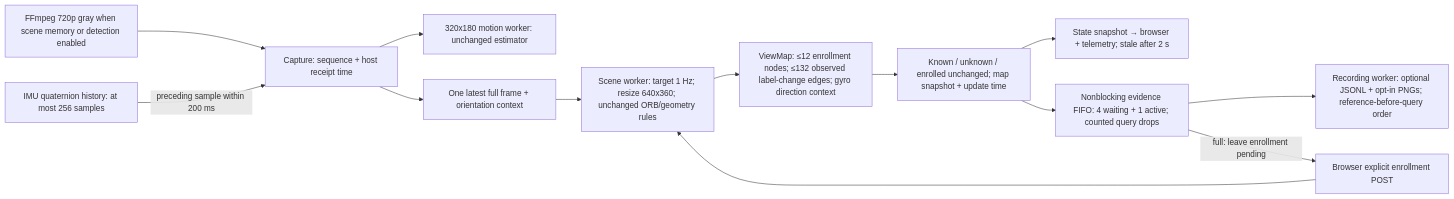
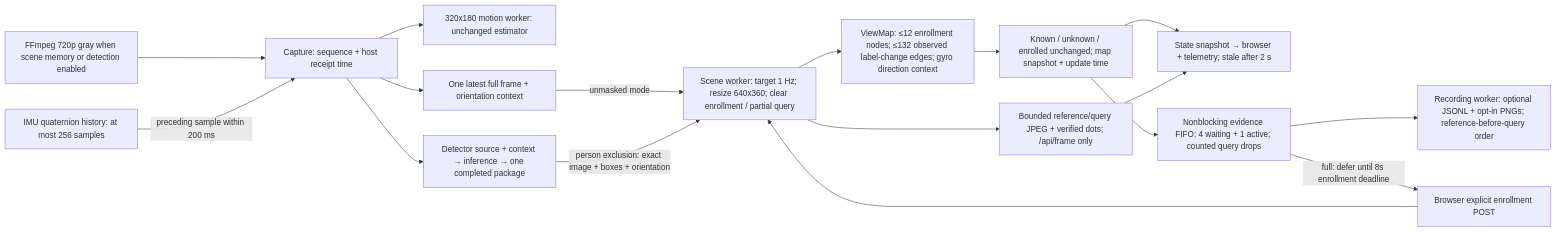
One commit to choir0322/edgexr changed the first of 3 diagrams in docs/PIPELINE.md. Above: the diagram before and after it, drawn with Mermaid. The commit also changed other lines of this file and 18 other files, not shown here.

Commit message:
feat: pair scene evidence and recognize partial backgrounds

````diff
--- a/docs/PIPELINE.md
+++ b/docs/PIPELINE.md
@@ -77,15 +88,19 @@
 ```mermaid
 flowchart LR
     F["FFmpeg 720p gray when scene memory or detection enabled"] --> C["Capture: sequence + host receipt time"]
     C --> M["320x180 motion worker: unchanged estimator"]
     I["IMU quaternion history: at most 256 samples"] -->|preceding sample within 200 ms| C
     C --> S["One latest full frame + orientation context"]
-    S --> W["Scene worker: target 1 Hz; resize 640x360; unchanged ORB/geometry rules"]
+    S -->|unmasked mode| W["Scene worker: target 1 Hz; resize 640x360; clear enrollment / partial query"]
+    C --> D["Detector source + context → inference → one completed package"]
+    D -->|person exclusion: exact image + boxes + orientation| W
     B["Browser explicit enrollment POST"] --> W
     W --> V["ViewMap: ≤12 enrollment nodes; ≤132 observed label-change edges; gyro direction context"]
     V --> R["Known / unknown / enrolled unchanged; map snapshot + update time"]
     R --> T["State snapshot → browser + telemetry; stale after 2 s"]
     R --> Q["Nonblocking evidence FIFO: 4 waiting + 1 active; counted query drops"]
     Q --> L["Recording worker: optional JSONL + opt-in PNGs; reference-before-query order"]
-    Q -->|full: leave enrollment pending| B
+    Q -->|full: defer until 8s enrollment deadline| B
+    W --> E["Bounded reference/query JPEG + verified dots; /api/frame only"]
+    E --> T
 ```
````
